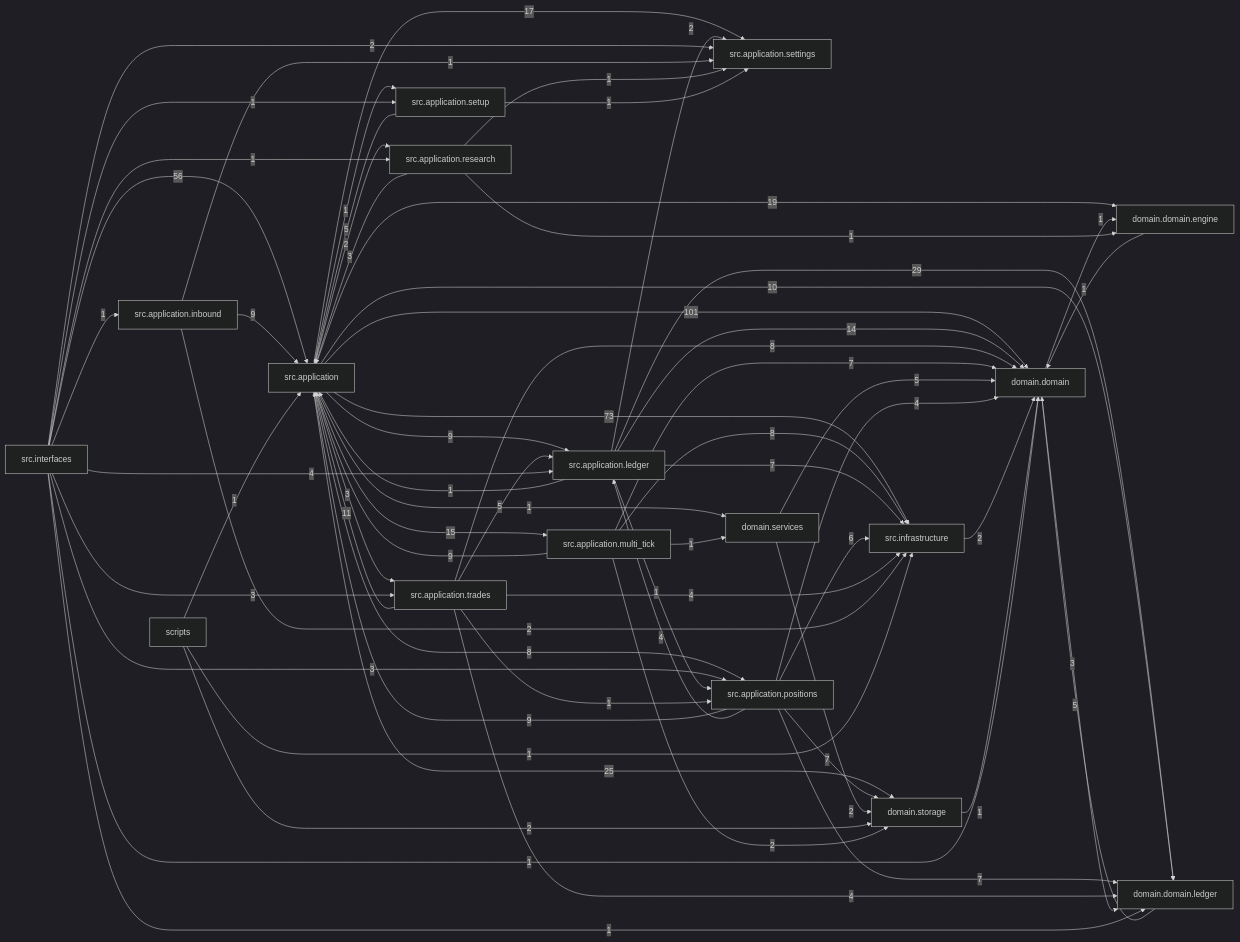
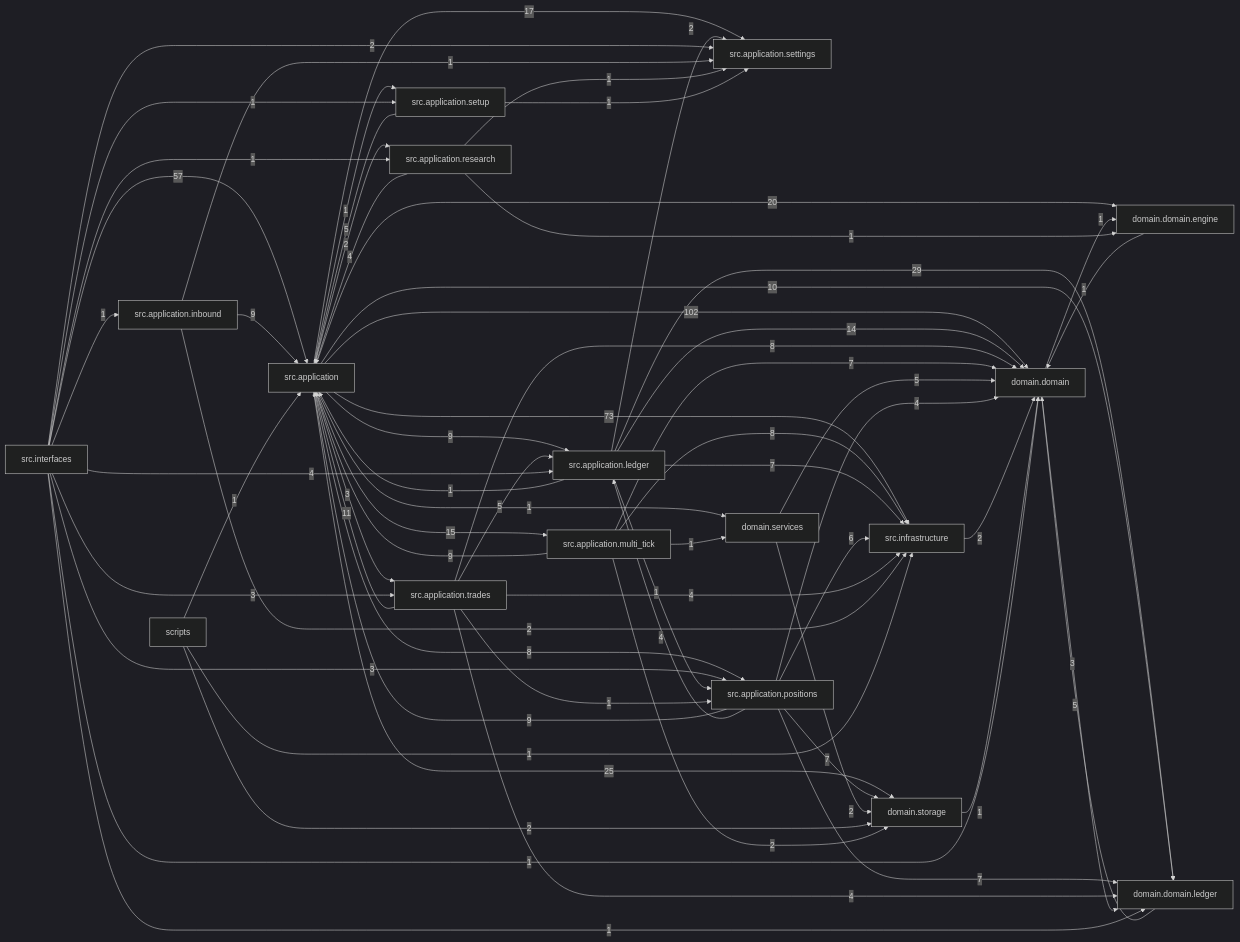
The diagram in docs/dependency_graph.mmd (liuxie066/options-monitor), drawn with Mermaid (dark theme) before and after one commit. The commit also changed 28 other files, not shown here.

```diff
--- a/docs/dependency_graph.mmd
+++ b/docs/dependency_graph.mmd
@@ -1,66 +1,66 @@
 flowchart LR
-  src_application["src.application"] -->|101| domain_domain["domain.domain"]
+  src_application["src.application"] -->|102| domain_domain["domain.domain"]
   src_application["src.application"] -->|73| src_infrastructure["src.infrastructure"]
-  src_interfaces["src.interfaces"] -->|56| src_application["src.application"]
+  src_interfaces["src.interfaces"] -->|57| src_application["src.application"]
   src_application_ledger["src.application.ledger"] -->|29| domain_domain_ledger["domain.domain.ledger"]
   src_application["src.application"] -->|25| domain_storage["domain.storage"]
-  src_application["src.application"] -->|19| domain_domain_engine["domain.domain.engine"]
+  src_application["src.application"] -->|20| domain_domain_engine["domain.domain.engine"]
   src_application["src.application"] -->|17| src_application_settings["src.application.settings"]
   src_application["src.application"] -->|15| src_application_multi_tick["src.application.multi_tick"]
   src_application_ledger["src.application.ledger"] -->|14| domain_domain["domain.domain"]
   src_application_trades["src.application.trades"] -->|11| src_application["src.application"]
   src_application["src.application"] -->|10| domain_domain_ledger["domain.domain.ledger"]
   src_application["src.application"] -->|9| src_application_ledger["src.application.ledger"]
   src_application_inbound["src.application.inbound"] -->|9| src_application["src.application"]
   src_application_multi_tick["src.application.multi_tick"] -->|9| src_application["src.application"]
   src_application_positions["src.application.positions"] -->|9| src_application["src.application"]
   src_application["src.application"] -->|8| src_application_positions["src.application.positions"]
   src_application_multi_tick["src.application.multi_tick"] -->|8| src_infrastructure["src.infrastructure"]
   src_application_trades["src.application.trades"] -->|8| domain_domain["domain.domain"]
   src_application_ledger["src.application.ledger"] -->|7| src_infrastructure["src.infrastructure"]
   src_application_multi_tick["src.application.multi_tick"] -->|7| domain_domain["domain.domain"]
   src_application_positions["src.application.positions"] -->|7| domain_domain_ledger["domain.domain.ledger"]
   src_application_positions["src.application.positions"] -->|7| domain_storage["domain.storage"]
   src_application_positions["src.application.positions"] -->|6| src_infrastructure["src.infrastructure"]
   domain_domain_ledger["domain.domain.ledger"] -->|5| domain_domain["domain.domain"]
   domain_services["domain.services"] -->|5| domain_domain["domain.domain"]
   src_application_setup["src.application.setup"] -->|5| src_application["src.application"]
   src_application_trades["src.application.trades"] -->|5| src_application_ledger["src.application.ledger"]
   src_application_positions["src.application.positions"] -->|4| domain_domain["domain.domain"]
   src_application_positions["src.application.positions"] -->|4| src_application_ledger["src.application.ledger"]
+  src_application_research["src.application.research"] -->|4| src_application["src.application"]
   src_application_trades["src.application.trades"] -->|4| domain_domain_ledger["domain.domain.ledger"]
   src_application_trades["src.application.trades"] -->|4| src_infrastructure["src.infrastructure"]
   src_interfaces["src.interfaces"] -->|4| src_application_ledger["src.application.ledger"]
   domain_domain["domain.domain"] -->|3| domain_domain_ledger["domain.domain.ledger"]
   src_application["src.application"] -->|3| src_application_trades["src.application.trades"]
-  src_application_research["src.application.research"] -->|3| src_application["src.application"]
   src_interfaces["src.interfaces"] -->|3| src_application_positions["src.application.positions"]
   src_interfaces["src.interfaces"] -->|3| src_application_trades["src.application.trades"]
   domain_services["domain.services"] -->|2| domain_storage["domain.storage"]
   scripts["scripts"] -->|2| domain_storage["domain.storage"]
   src_application["src.application"] -->|2| src_application_research["src.application.research"]
   src_application_inbound["src.application.inbound"] -->|2| src_infrastructure["src.infrastructure"]
   src_application_ledger["src.application.ledger"] -->|2| src_application_settings["src.application.settings"]
   src_application_multi_tick["src.application.multi_tick"] -->|2| domain_storage["domain.storage"]
   src_infrastructure["src.infrastructure"] -->|2| domain_domain["domain.domain"]
   src_interfaces["src.interfaces"] -->|2| src_application_settings["src.application.settings"]
   domain_domain["domain.domain"] -->|1| domain_domain_engine["domain.domain.engine"]
   domain_domain_engine["domain.domain.engine"] -->|1| domain_domain["domain.domain"]
   domain_storage["domain.storage"] -->|1| domain_domain["domain.domain"]
   scripts["scripts"] -->|1| src_application["src.application"]
   scripts["scripts"] -->|1| src_infrastructure["src.infrastructure"]
   src_application["src.application"] -->|1| domain_services["domain.services"]
   src_application["src.application"] -->|1| src_application_setup["src.application.setup"]
   src_application_inbound["src.application.inbound"] -->|1| src_application_settings["src.application.settings"]
   src_application_ledger["src.application.ledger"] -->|1| src_application["src.application"]
   src_application_ledger["src.application.ledger"] -->|1| src_application_positions["src.application.positions"]
   src_application_multi_tick["src.application.multi_tick"] -->|1| domain_services["domain.services"]
   src_application_research["src.application.research"] -->|1| domain_domain_engine["domain.domain.engine"]
   src_application_research["src.application.research"] -->|1| src_application_settings["src.application.settings"]
   src_application_setup["src.application.setup"] -->|1| src_application_settings["src.application.settings"]
   src_application_trades["src.application.trades"] -->|1| src_application_positions["src.application.positions"]
   src_interfaces["src.interfaces"] -->|1| domain_domain["domain.domain"]
   src_interfaces["src.interfaces"] -->|1| domain_domain_ledger["domain.domain.ledger"]
   src_interfaces["src.interfaces"] -->|1| src_application_inbound["src.application.inbound"]
   src_interfaces["src.interfaces"] -->|1| src_application_research["src.application.research"]
   src_interfaces["src.interfaces"] -->|1| src_application_setup["src.application.setup"]
```
